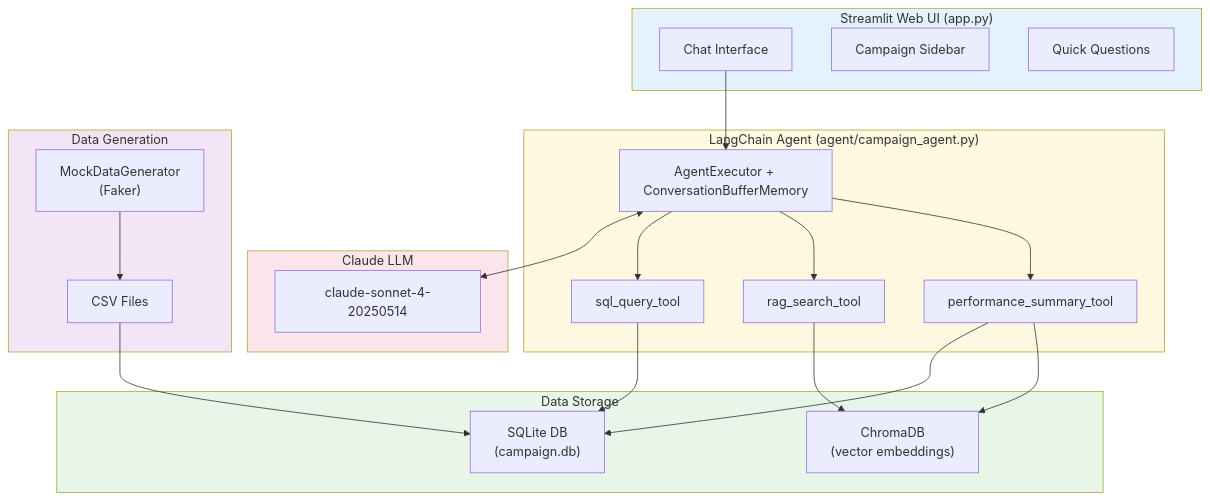
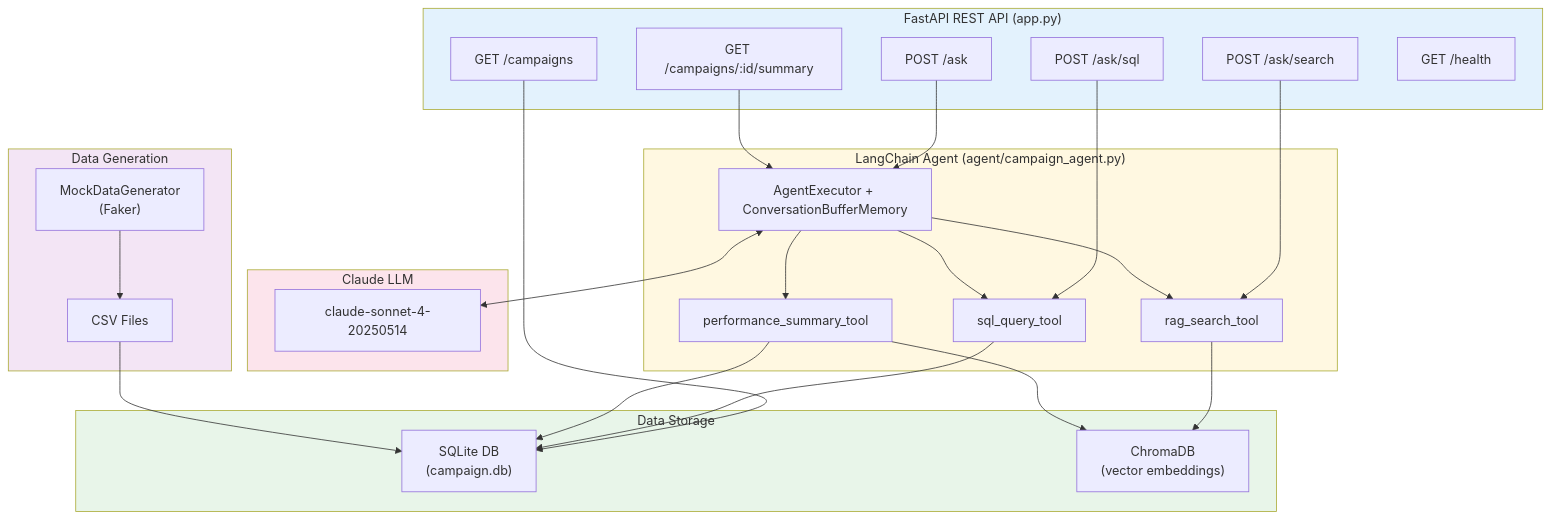
One commit to aakashkumar1980/certifications-aiml changed the third of 3 diagrams in dimo_project/campaign_performance_analysis/README.md. Above: the diagram before and after it, drawn with Mermaid. The commit also changed other lines of this file and 2 other files, not shown here.

First line of the commit message:
Replace Streamlit UI with FastAPI REST API

````diff
--- a/dimo_project/campaign_performance_analysis/README.md
+++ b/dimo_project/campaign_performance_analysis/README.md
@@ -223,47 +223,54 @@
 ```mermaid
 graph TB
-    subgraph UI["Streamlit Web UI (app.py)"]
-        Chat["Chat Interface"]
-        Sidebar["Campaign Sidebar"]
-        Quick["Quick Questions"]
+    subgraph API["FastAPI REST API (app.py)"]
+        Ask["POST /ask"]
+        AskSQL["POST /ask/sql"]
+        AskSearch["POST /ask/search"]
+        Campaigns["GET /campaigns"]
+        Summary["GET /campaigns/:id/summary"]
+        Health["GET /health"]
     end
 
     subgraph AgentLayer["LangChain Agent (agent/campaign_agent.py)"]
         Exec["AgentExecutor + ConversationBufferMemory"]
         T1["sql_query_tool"]
         T2["rag_search_tool"]
         T3["performance_summary_tool"]
     end
 
     subgraph LLMLayer["Claude LLM"]
         Claude["claude-sonnet-4-20250514"]
     end
 
     subgraph DataLayer["Data Storage"]
         SQLite["SQLite DB<br/>(campaign.db)"]
         Chroma["ChromaDB<br/>(vector embeddings)"]
     end
 
     subgraph DataGen["Data Generation"]
         Mock["MockDataGenerator<br/>(Faker)"]
         CSV["CSV Files"]
     end
 
-    Chat --> Exec
+    Ask --> Exec
+    Summary --> Exec
+    AskSQL --> T1
+    AskSearch --> T2
+    Campaigns --> SQLite
     Exec <--> Claude
     Exec --> T1
     Exec --> T2
     Exec --> T3
     T1 --> SQLite
     T2 --> Chroma
     T3 --> SQLite
     T3 --> Chroma
     Mock --> CSV
     CSV --> SQLite
 
-    style UI fill:#e3f2fd
+    style API fill:#e3f2fd
     style AgentLayer fill:#fff8e1
     style LLMLayer fill:#fce4ec
     style DataLayer fill:#e8f5e9
     style DataGen fill:#f3e5f5
 ```
````
